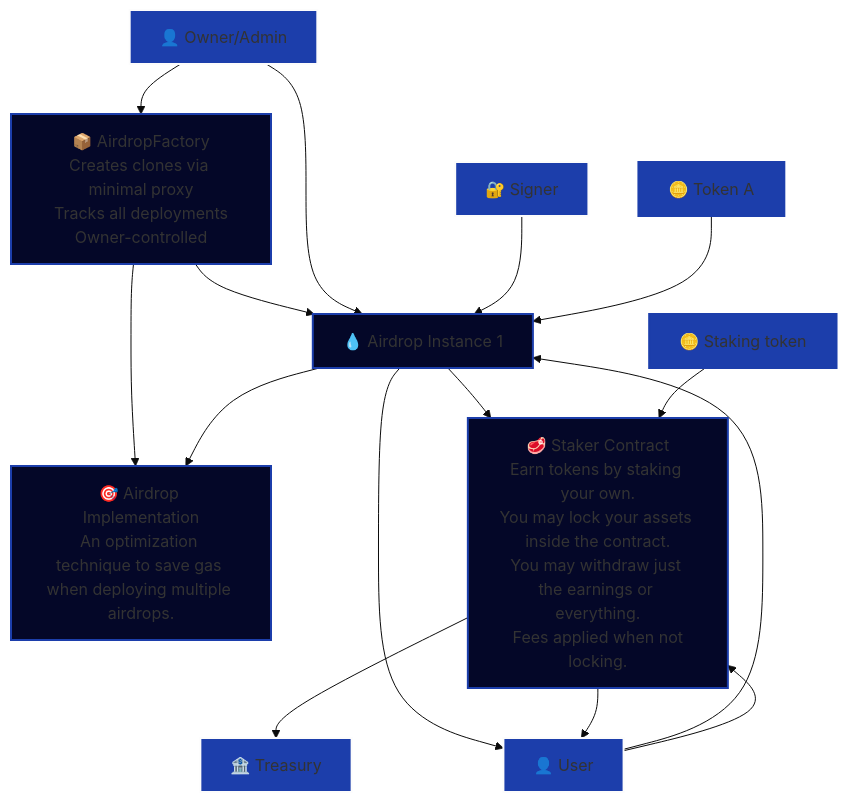
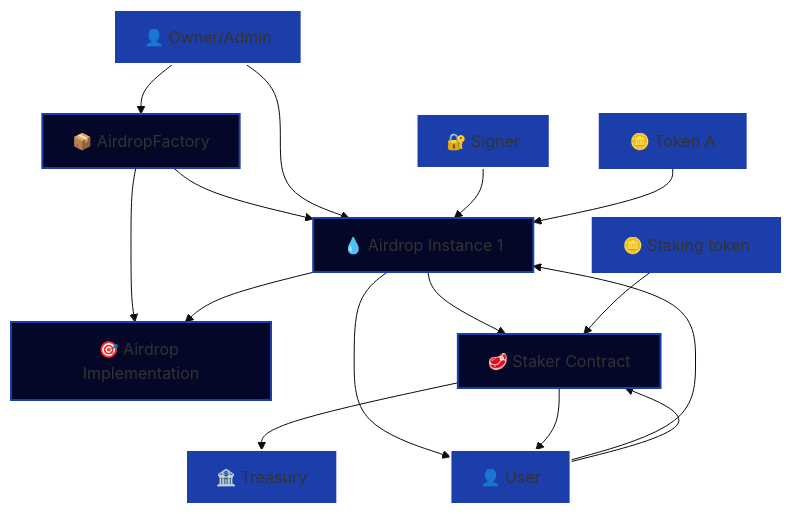
Before and after one commit to dragonswap-app/dragonswap-airdrop-and-staker: the diagram in script/README.md, drawn with Mermaid (base theme).

````diff
--- a/script/README.md
+++ b/script/README.md
@@ -207,56 +207,56 @@
 ```mermaid
 graph TB
     %% External Entities
     Owner["👤 Owner/Admin"]
     User["👤 User"]
     Treasury["🏦 Treasury"]
     Signer["🔐 Signer"]
     
     %% Core Contracts
-    Factory["📦 AirdropFactory<br/>Creates clones via minimal proxy<br/>Tracks all deployments<br/>Owner-controlled"]
+    Factory["📦 AirdropFactory"]
     
-    Implementation["🎯 Airdrop Implementation<br/>An optimization technique to save gas when deploying multiple airdrops."]
+    Implementation["🎯 Airdrop Implementation"]
     
     AirdropInstance1["💧 Airdrop Instance 1"]
     
-    Staker["🥩 Staker Contract<br/>Earn tokens by staking your own.</br>You may lock your assets inside the contract.</br>You may withdraw just the earnings or everything.</br> Fees applied when not locking."]
+    Staker["🥩 Staker Contract"]
     
     %% Tokens
     Token1["🪙 Token A"]
     RewardTokens["🪙 Staking token"]
     
     %% Factory Relationships
     Owner --> Factory
     Factory --> Implementation
     Factory --> AirdropInstance1
 
     
     %% Airdrop Management
     Owner --> AirdropInstance1
     User --> AirdropInstance1
     Signer --> AirdropInstance1
     
     %% Core Flow
     AirdropInstance1 --> Staker
     AirdropInstance1 --> User
     AirdropInstance1 --> Implementation
     
     %% Staker Operations
     User --> Staker
     Staker --> Treasury
     Staker --> User
 
     
     %% Token Relationships
     Token1 --> AirdropInstance1
     RewardTokens --> Staker
     
     %% Styling
     classDef contractClass fill:#040728,stroke:#1c3eab,stroke-width:2px
     classDef userClass fill:#1c3eab,stroke:#fcfcfc,stroke-width:2px
     classDef tokenClass fill:#1c3eab,stroke:#1c3eab,stroke-width:2px
     
     class Factory,Implementation,AirdropInstance1,Staker contractClass
     class Owner,User,Treasury,Signer userClass
     class Token1,Token2,RewardTokens tokenClass
 ```
````
